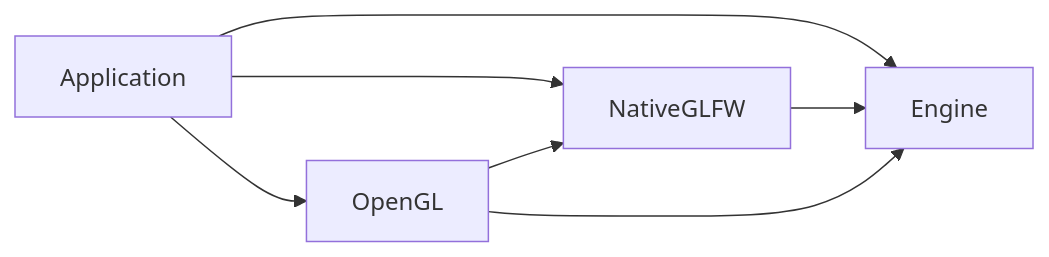
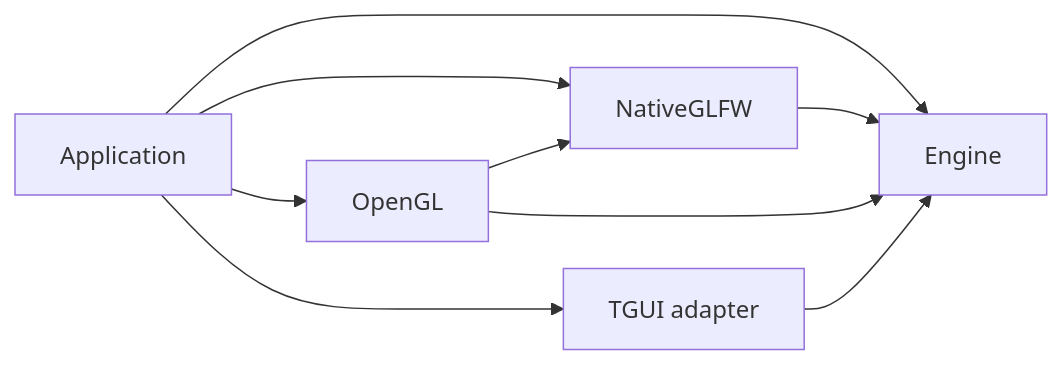
One commit to cppcooper/cheryl-engine changed the diagram in docs/development/modules.md. Above: the diagram before and after it, drawn with Mermaid. The commit also changed other lines of this file and 21 other files, not shown here.

````diff
--- a/docs/development/modules.md
+++ b/docs/development/modules.md
@@ -18,9 +20,11 @@
 ```mermaid
 flowchart LR
     Application --> Engine
     Application --> NativeGLFW
     Application --> OpenGL
     OpenGL --> NativeGLFW
     OpenGL --> Engine
     NativeGLFW --> Engine
+    Application --> TGUIAdapter[TGUI adapter]
+    TGUIAdapter --> Engine
 ```
````
